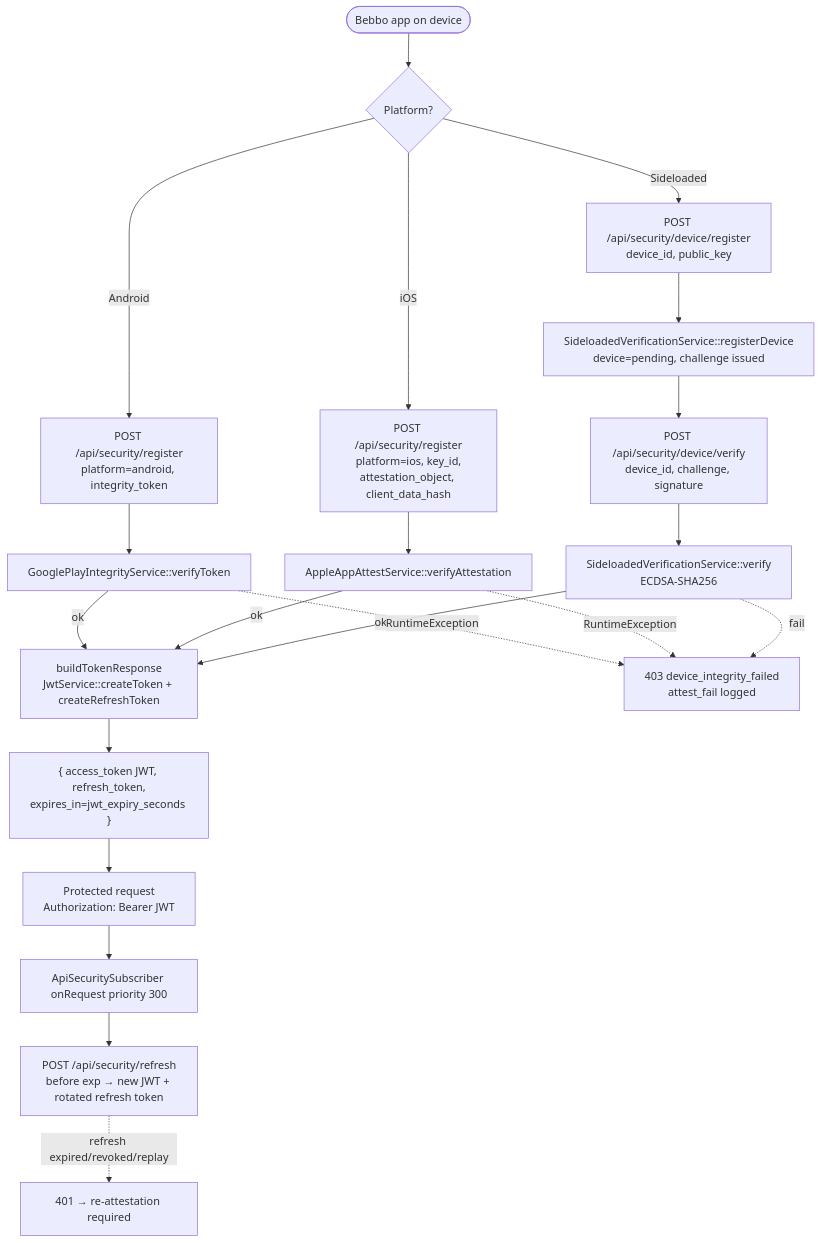
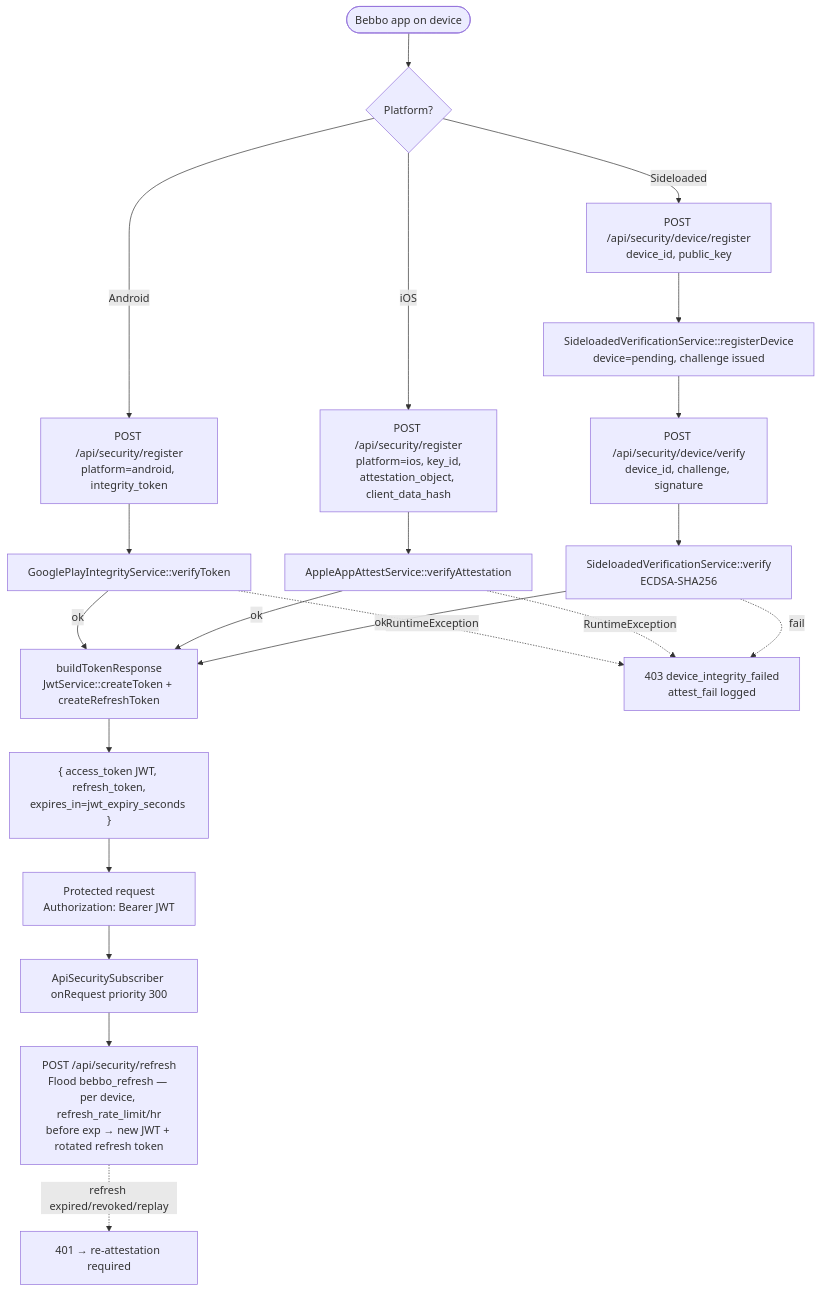
The first of 5 diagrams in docs/API_SECURITY.md (jaydevb/parenting-app-bebbo-CMS), drawn with Mermaid before and after one commit. The commit also changed other lines of this file and 3 other files, not shown here.

First line of the commit message:
docs: record the refresh rate limit and the reduced email policy

````diff
--- a/docs/API_SECURITY.md
+++ b/docs/API_SECURITY.md
@@ -34,26 +34,26 @@
 ```mermaid
 flowchart TD
     App([Bebbo app on device]) --> Q{Platform?}
     Q -->|Android| AND["POST /api/security/register<br/>platform=android, integrity_token"]
     Q -->|iOS| IOS["POST /api/security/register<br/>platform=ios, key_id,<br/>attestation_object, client_data_hash"]
     Q -->|Sideloaded| SL1["POST /api/security/device/register<br/>device_id, public_key"]
 
     AND --> GPI[GooglePlayIntegrityService::verifyToken]
     IOS --> AAA[AppleAppAttestService::verifyAttestation]
     SL1 --> SLREG[SideloadedVerificationService::registerDevice<br/>device=pending, challenge issued]
     SLREG --> SL2["POST /api/security/device/verify<br/>device_id, challenge, signature"]
     SL2 --> SLV[SideloadedVerificationService::verify<br/>ECDSA-SHA256]
 
     GPI -->|ok| TOK
     AAA -->|ok| TOK
     SLV -->|ok| TOK
     GPI -.->|RuntimeException| F403["403 device_integrity_failed<br/>attest_fail logged"]
     AAA -.->|RuntimeException| F403
     SLV -.->|fail| F403
 
     TOK[buildTokenResponse<br/>JwtService::createToken + createRefreshToken] --> RESP["{ access_token JWT, refresh_token,<br/>expires_in=jwt_expiry_seconds }"]
     RESP --> PROT["Protected request<br/>Authorization: Bearer JWT"]
     PROT --> SUB[ApiSecuritySubscriber onRequest priority 300]
-    SUB --> REFRESH["POST /api/security/refresh<br/>before exp → new JWT + rotated refresh token"]
+    SUB --> REFRESH["POST /api/security/refresh<br/>Flood bebbo_refresh — per device, refresh_rate_limit/hr<br/>before exp → new JWT + rotated refresh token"]
     REFRESH -.->|refresh expired/revoked/replay| REATTEST[401 → re-attestation required]
 ```
````
